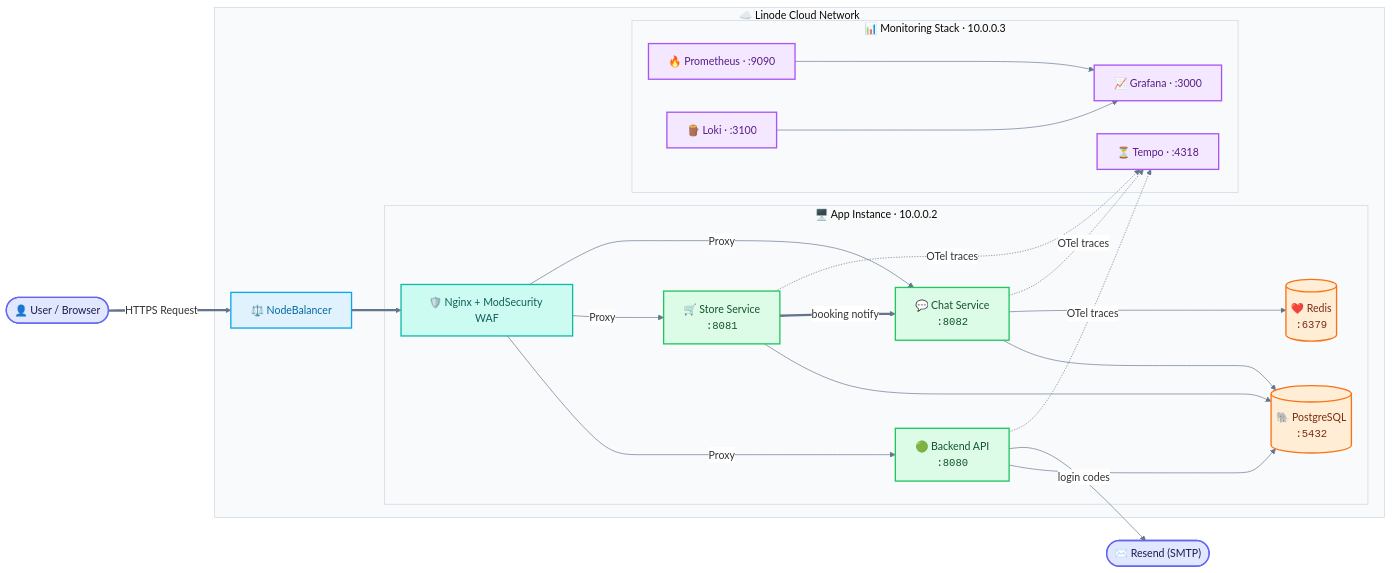
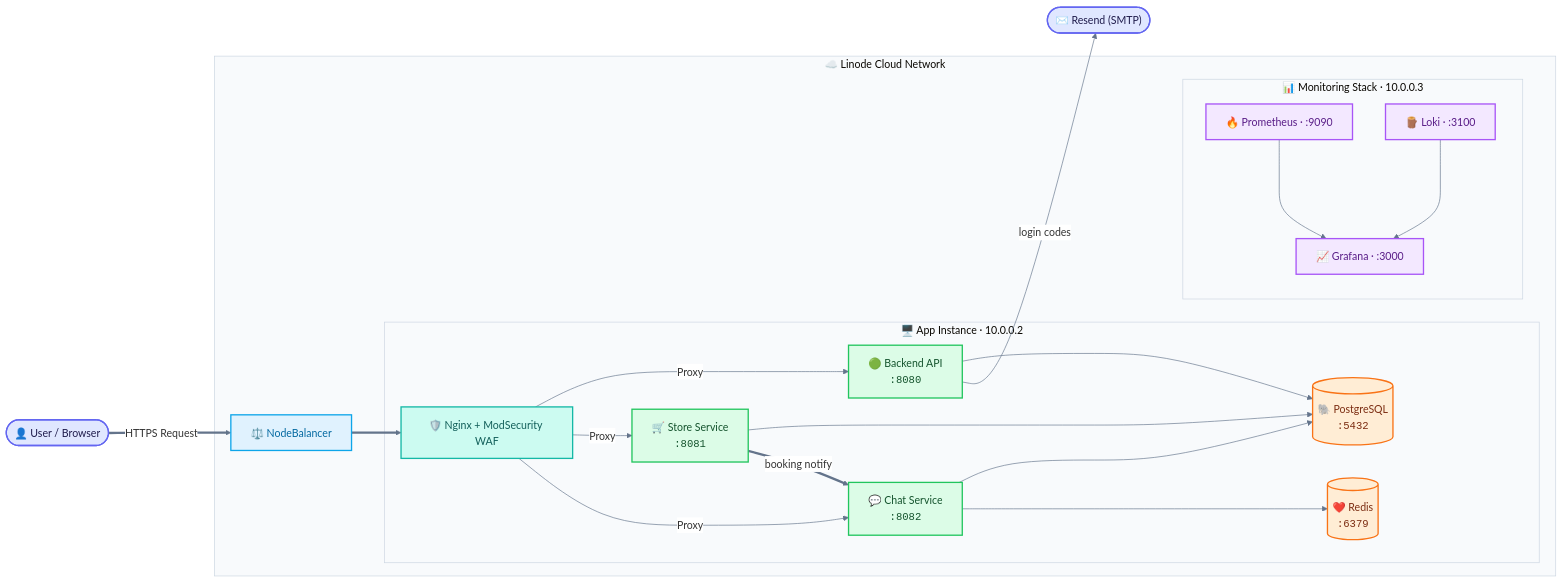
The first of 2 diagrams in README.md (kennethatria/myGuy), drawn with Mermaid before and after one commit. The commit also changed other lines of this file and 16 other files, not shown here.

Commit message:
chore(monitoring): remove tempo and stop applies rebooting servers

````diff
--- a/README.md
+++ b/README.md
@@ -15,61 +15,57 @@
 ```mermaid
 %%{init: {'theme': 'base', 'themeVariables': {'clusterBkg': '#f8fafc', 'clusterBorder': '#cbd5e1', 'edgeLabelBackground': '#ffffff', 'lineColor': '#64748b'}}}%%
 
 graph LR
     %% Custom Semantic Styling
     classDef external   fill:#e0e7ff,stroke:#6366f1,color:#1e1b4b,stroke-width:2px;
     classDef lb         fill:#e0f2fe,stroke:#0ea5e9,color:#0369a1,stroke-width:2px;
     classDef gateway    fill:#ccfbf1,stroke:#14b8a6,color:#115e59,stroke-width:2px;
     classDef service    fill:#dcfce7,stroke:#22c55e,color:#14532d,stroke-width:2px;
     classDef database   fill:#ffedd5,stroke:#f97316,color:#7c2d12,stroke-width:2px;
     classDef monitoring fill:#f3e8ff,stroke:#a855f7,color:#581c87,stroke-width:2px;
 
     %% Nodes Definitions
     User(["👤 User / Browser"]):::external
 
     subgraph Linode["☁️ Linode Cloud Network"]
         NB["⚖️ NodeBalancer"]:::lb
 
         subgraph App["🖥️ App Instance · 10.0.0.2"]
             WAF["🛡️ Nginx + ModSecurity WAF"]:::gateway
             API["🟢 Backend API<br/><code>:8080</code>"]:::service
             STORE["🛒 Store Service<br/><code>:8081</code>"]:::service
             CHAT["💬 Chat Service<br/><code>:8082</code>"]:::service
             PG[("🐘 PostgreSQL<br/><code>:5432</code>")]:::database
             REDIS[("❤️ Redis<br/><code>:6379</code>")]:::database
         end
 
         subgraph Mon["📊 Monitoring Stack · 10.0.0.3"]
-            TEMPO["⏳ Tempo · :4318"]:::monitoring
             PROM["🔥 Prometheus · :9090"]:::monitoring
             LOKI["🪵 Loki · :3100"]:::monitoring
             GRAFANA["📈 Grafana · :3000"]:::monitoring
         end
     end
 
     MAIL(["✉️ Resend (SMTP)"]):::external
 
     %% Flow Topology
     User ==>|HTTPS Request| NB
     NB ==> WAF
     
     WAF -->|Proxy| API
     WAF -->|Proxy| STORE
     WAF -->|Proxy| CHAT
 
     API ---> PG
     STORE ---> PG
     CHAT ---> PG
     CHAT ---> REDIS
     
     STORE ==>|booking notify| CHAT
     API -->|login codes| MAIL
 
     %% Telemetry & Logging
-    API -.->|OTel traces| TEMPO
-    STORE -.->|OTel traces| TEMPO
-    CHAT -.->|OTel traces| TEMPO
     
     PROM ---> GRAFANA
     LOKI ---> GRAFANA
 ```
````
